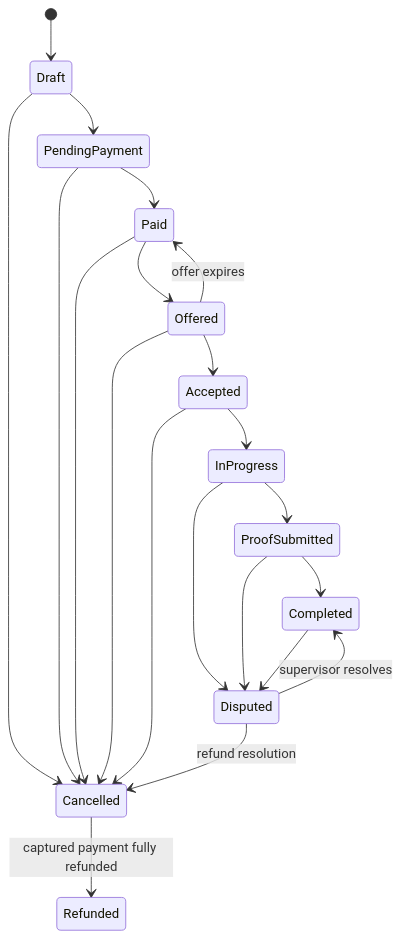
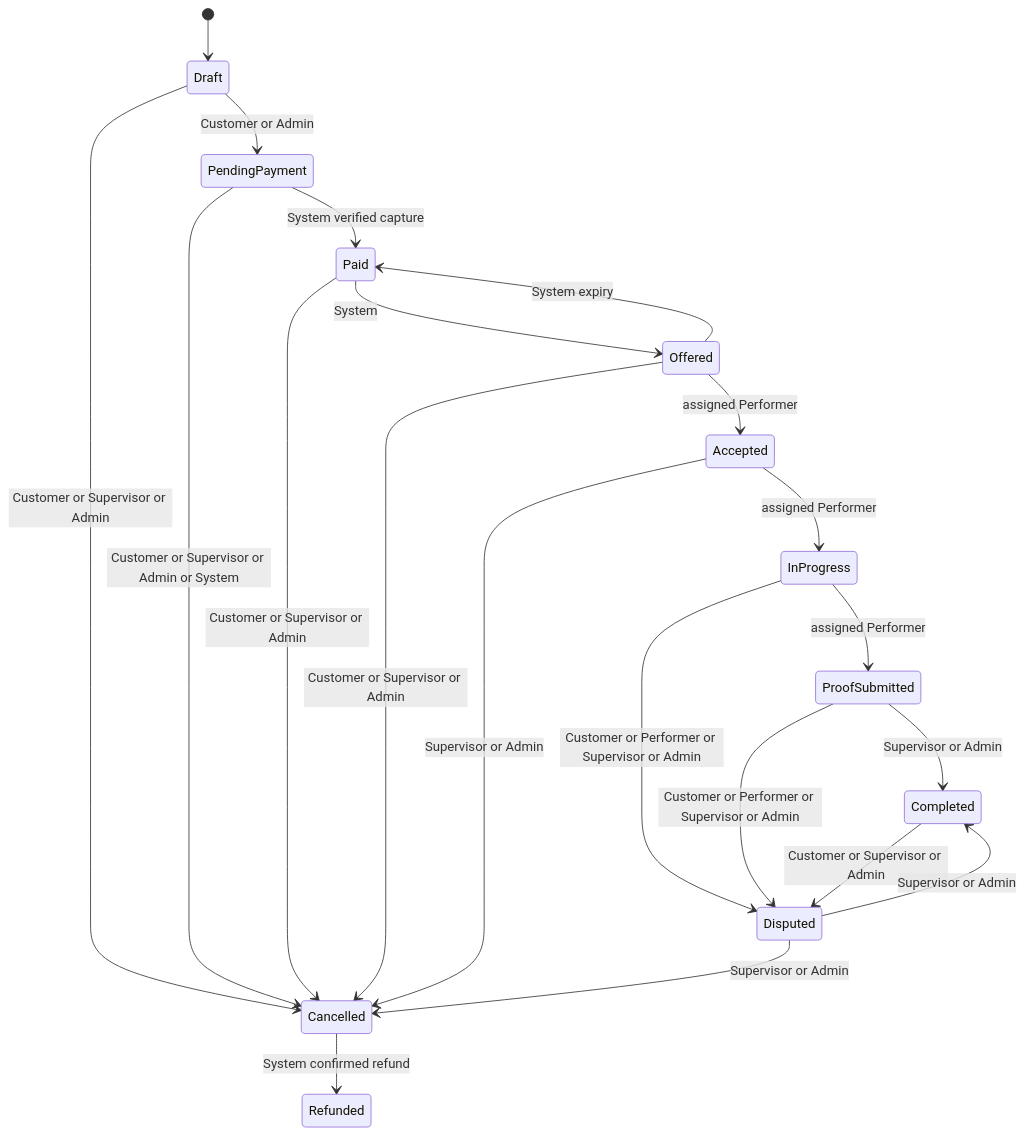
Before and after one commit to Muhammad-AbdullahGhani/labaik-.net: the diagram in docs/DESIGN.md, drawn with Mermaid. The commit also changed other lines of this file and 21 other files, not shown here.

````diff
--- a/docs/DESIGN.md
+++ b/docs/DESIGN.md
@@ -13,23 +13,23 @@
 ```mermaid
 stateDiagram-v2
     [*] --> Draft
-    Draft --> PendingPayment
-    PendingPayment --> Paid
-    Paid --> Offered
-    Offered --> Accepted
-    Accepted --> InProgress
-    InProgress --> ProofSubmitted
-    ProofSubmitted --> Completed
-    Offered --> Paid: offer expires
-    Draft --> Cancelled
-    PendingPayment --> Cancelled
-    Paid --> Cancelled
-    Offered --> Cancelled
-    Accepted --> Cancelled
-    InProgress --> Disputed
-    ProofSubmitted --> Disputed
-    Completed --> Disputed
-    Disputed --> Completed: supervisor resolves
-    Disputed --> Cancelled: refund resolution
-    Cancelled --> Refunded: captured payment fully refunded
+    Draft --> PendingPayment: Customer or Admin
+    PendingPayment --> Paid: System verified capture
+    Paid --> Offered: System
+    Offered --> Accepted: assigned Performer
+    Accepted --> InProgress: assigned Performer
+    InProgress --> ProofSubmitted: assigned Performer
+    ProofSubmitted --> Completed: Supervisor or Admin
+    Offered --> Paid: System expiry
+    Draft --> Cancelled: Customer or Supervisor or Admin
+    PendingPayment --> Cancelled: Customer or Supervisor or Admin or System
+    Paid --> Cancelled: Customer or Supervisor or Admin
+    Offered --> Cancelled: Customer or Supervisor or Admin
+    Accepted --> Cancelled: Supervisor or Admin
+    InProgress --> Disputed: Customer or Performer or Supervisor or Admin
+    ProofSubmitted --> Disputed: Customer or Performer or Supervisor or Admin
+    Completed --> Disputed: Customer or Supervisor or Admin
+    Disputed --> Completed: Supervisor or Admin
+    Disputed --> Cancelled: Supervisor or Admin
+    Cancelled --> Refunded: System confirmed refund
 ```
````
